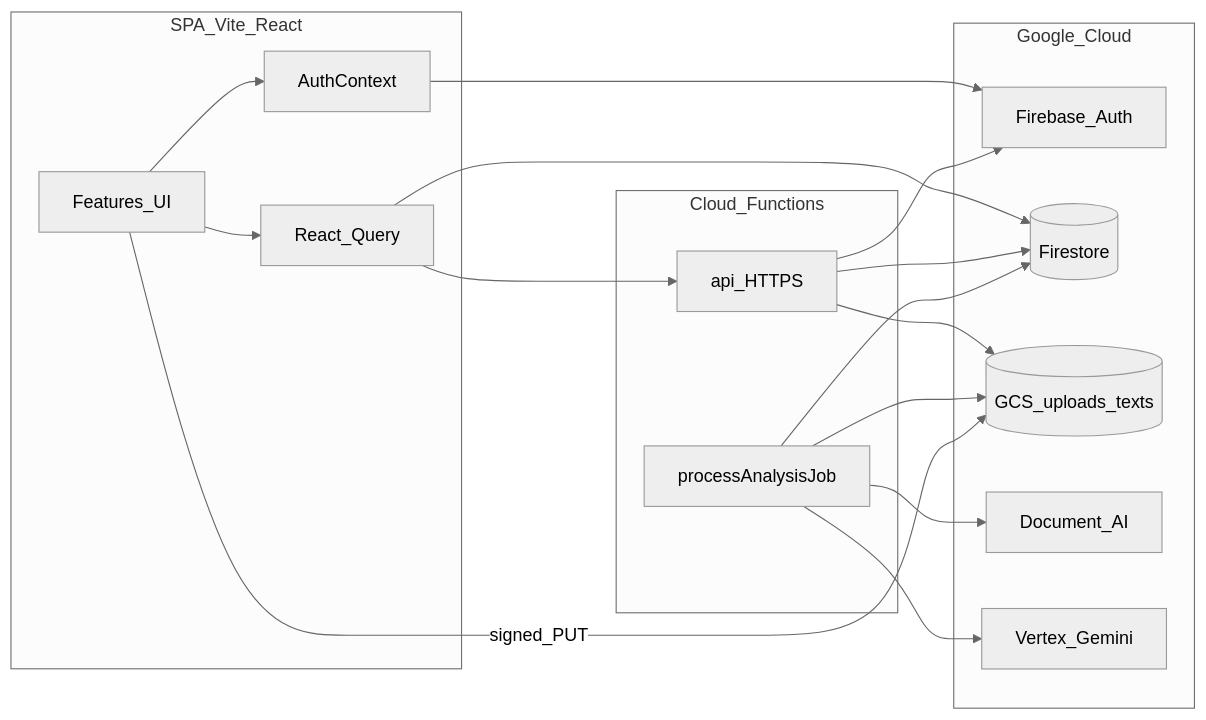
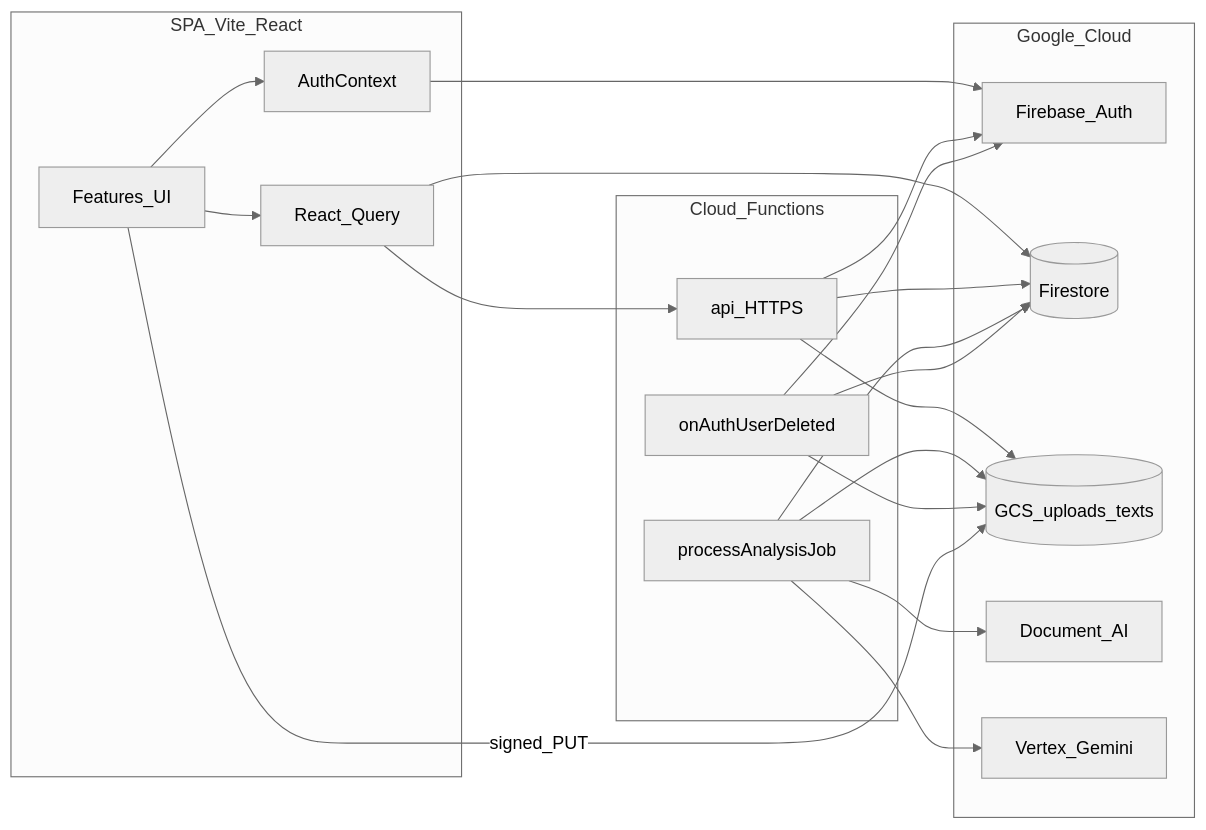
The second of 6 diagrams in SYSDESIGN.md (rc-dev16/gen-clario-GOOGLE-HACKATHON-PROJECT-), drawn with Mermaid (neutral theme) before and after one commit. The commit also changed other lines of this file and 34 other files, not shown here.

Commit message:
Document architecture, harden local credentials, and ship analyze/auth fixes.

````diff
--- a/SYSDESIGN.md
+++ b/SYSDESIGN.md
@@ -11,32 +60,36 @@
 ```mermaid
 flowchart LR
   subgraph client [SPA_Vite_React]
     UI[Features_UI]
     RQ[React_Query]
     AuthCtx[AuthContext]
   end
   subgraph bff [Cloud_Functions]
     API[api_HTTPS]
     Worker[processAnalysisJob]
+    Cascade[onAuthUserDeleted]
   end
   subgraph gcp [Google_Cloud]
     Auth[Firebase_Auth]
     FS[(Firestore)]
     GCS[(GCS_uploads_texts)]
     DocAI[Document_AI]
     Gemini[Vertex_Gemini]
   end
   UI --> RQ
   UI --> AuthCtx
   AuthCtx --> Auth
   RQ --> API
   RQ --> FS
   API --> Auth
   API --> FS
   API --> GCS
   Worker --> FS
   Worker --> GCS
   Worker --> DocAI
   Worker --> Gemini
+  Cascade --> Auth
+  Cascade --> FS
+  Cascade --> GCS
   UI -->|signed_PUT| GCS
 ```
````
